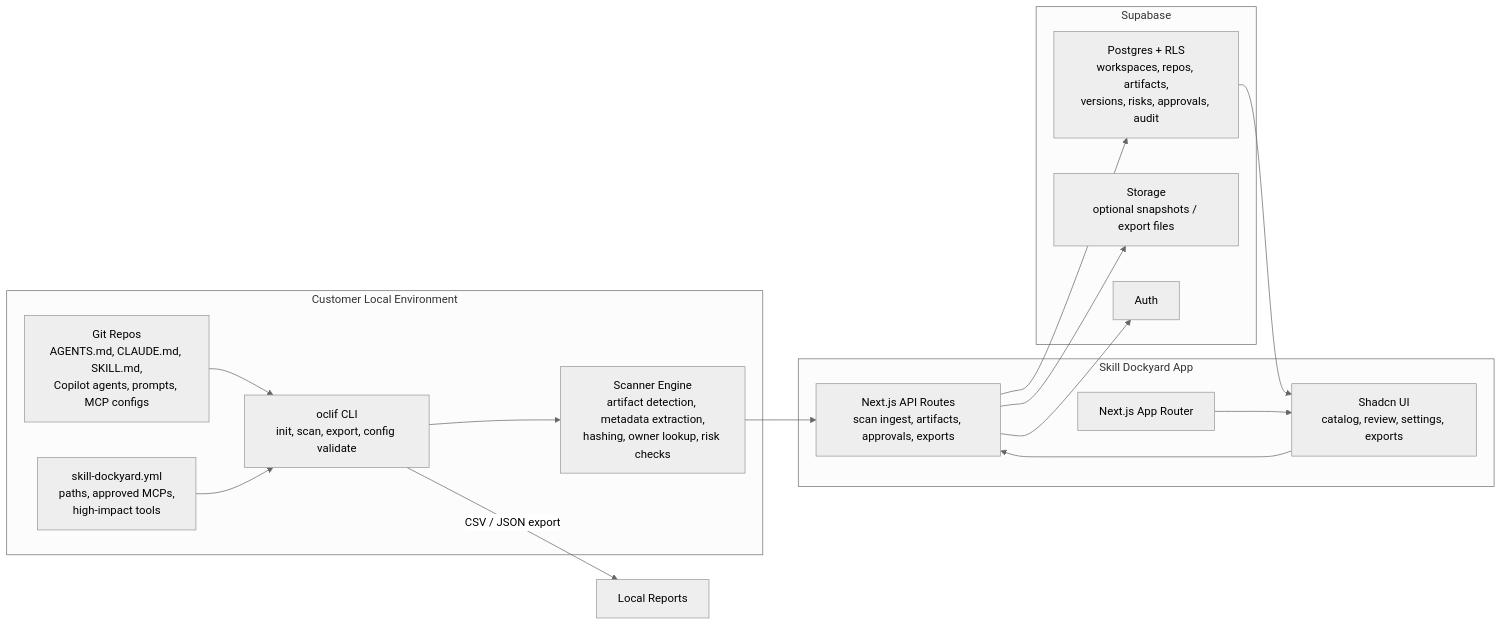
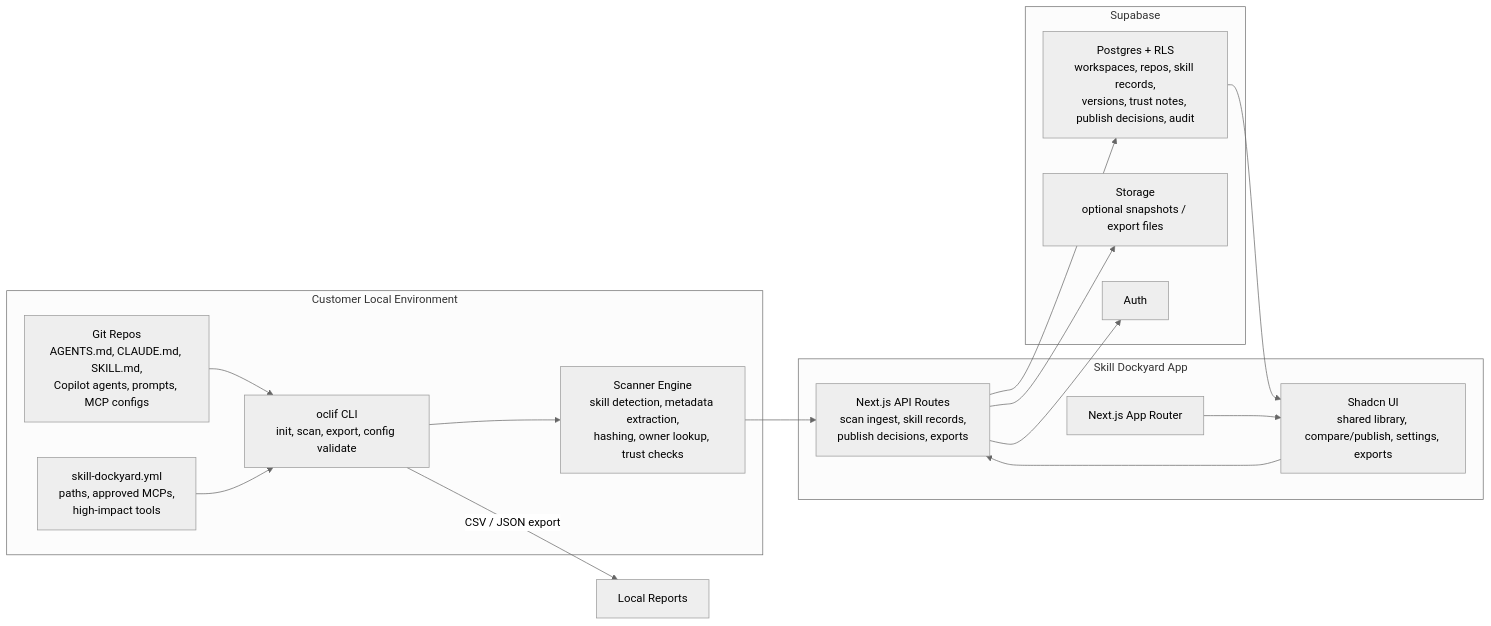
Before and after one commit to weber-stephen/SkillDockyard: the diagram in README.md, drawn with Mermaid (neutral theme). The commit also changed other lines of this file and 94 other files, not shown here.

````diff
--- a/README.md
+++ b/README.md
@@ -99,33 +159,33 @@
 ```mermaid
 flowchart LR
   subgraph Local["Customer Local Environment"]
     Repos["Git Repos<br/>AGENTS.md, CLAUDE.md, SKILL.md,<br/>Copilot agents, prompts, MCP configs"]
     Config["skill-dockyard.yml<br/>paths, approved MCPs,<br/>high-impact tools"]
     CLI["oclif CLI<br/>init, scan, export, config validate"]
-    Scanner["Scanner Engine<br/>artifact detection, metadata extraction,<br/>hashing, owner lookup, risk checks"]
+    Scanner["Scanner Engine<br/>skill detection, metadata extraction,<br/>hashing, owner lookup, trust checks"]
   end
 
   subgraph App["Skill Dockyard App"]
     Next["Next.js App Router"]
-    UI["Shadcn UI<br/>catalog, review, settings, exports"]
-    API["Next.js API Routes<br/>scan ingest, artifacts, approvals, exports"]
+    UI["Shadcn UI<br/>shared library, compare/publish, settings, exports"]
+    API["Next.js API Routes<br/>scan ingest, skill records,<br/>publish decisions, exports"]
   end
 
   subgraph Supabase["Supabase"]
     Auth["Auth"]
-    DB["Postgres + RLS<br/>workspaces, repos, artifacts,<br/>versions, risks, approvals, audit"]
+    DB["Postgres + RLS<br/>workspaces, repos, skill records,<br/>versions, trust notes, publish decisions, audit"]
     Storage["Storage<br/>optional snapshots / export files"]
   end
 
   Repos --> CLI
   Config --> CLI
   CLI --> Scanner
   Scanner --> API
   API --> DB
   API --> Storage
   API --> Auth
   Next --> UI
   UI --> API
   CLI -->|"CSV / JSON export"| LocalExport["Local Reports"]
   DB --> UI
 ```
````
